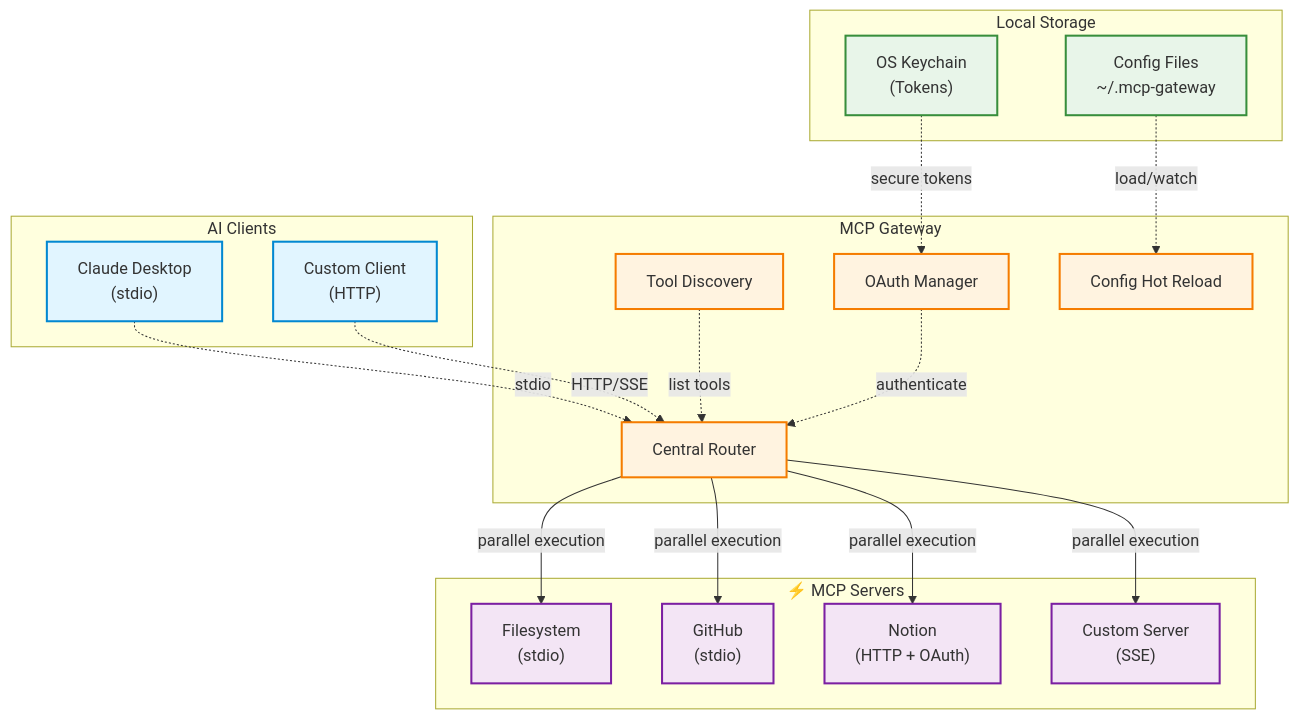
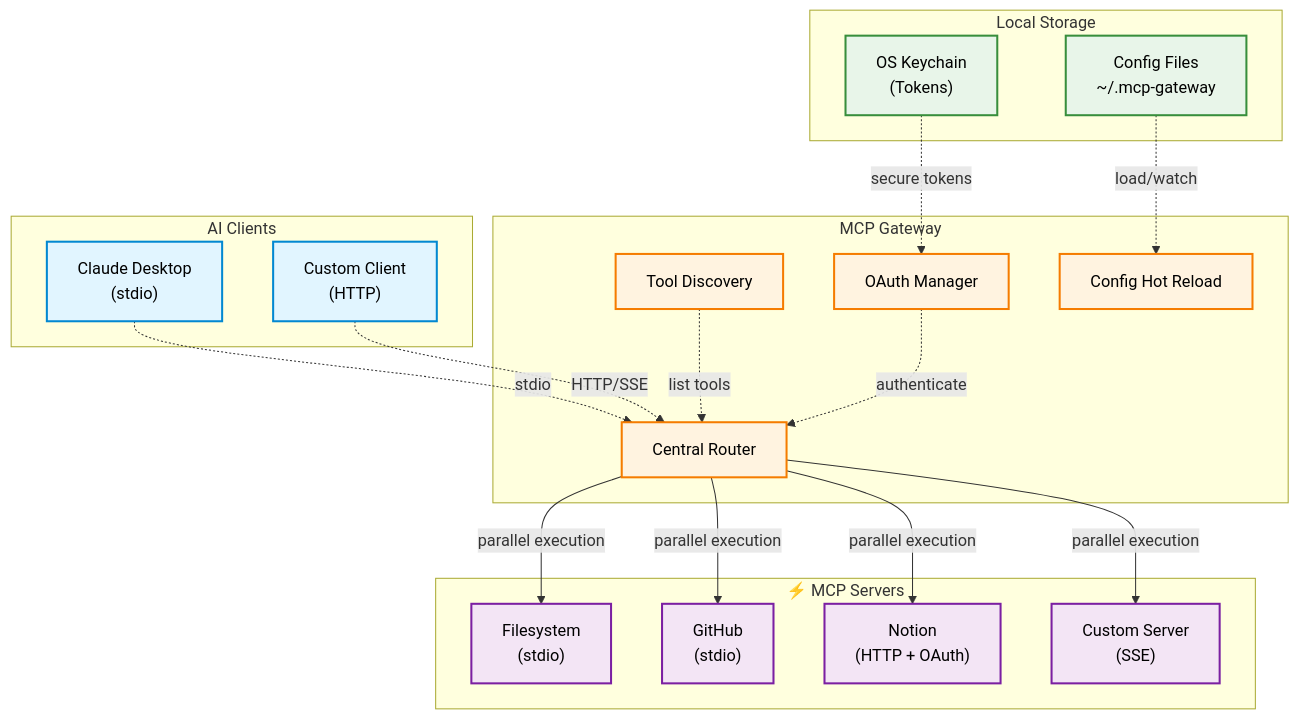
The diagram in README.md (sting8k/mcp-gateway), drawn with Mermaid before and after one commit.

````diff
--- a/README.md
+++ b/README.md
@@ -9,50 +9,50 @@
 ```mermaid
 flowchart TB
   subgraph Clients["AI Clients"]
     CLI["Claude Desktop<br/>(stdio)"]
     HTTP["Custom Client<br/>(HTTP)"]
   end
 
   subgraph Gateway["MCP Gateway"]
     Router["Central Router"]
     Discovery["Tool Discovery"]
     Auth["OAuth Manager"]
     Cache["Config Hot Reload"]
   end
 
   subgraph Storage["Local Storage"]
     Config["Config Files<br/>~/.mcp-gateway"]
     Keychain["OS Keychain<br/>(Tokens)"]
   end
 
   subgraph MCPServers["⚡ MCP Servers"]
     FS["Filesystem<br/>(stdio)"]
     GH["GitHub<br/>(stdio)"]
     Notion["Notion<br/>(HTTP + OAuth)"]
     Custom["Custom Server<br/>(SSE)"]
   end
 
   CLI -.->|stdio| Router
   HTTP -.->|HTTP/SSE| Router
   
   Router -->|parallel execution| FS
   Router -->|parallel execution| GH
   Router -->|parallel execution| Notion
   Router -->|parallel execution| Custom
   
   Config -.->|load/watch| Cache
   Keychain -.->|secure tokens| Auth
   
   Discovery -.->|list tools| Router
   Auth -.->|authenticate| Router
 
-  classDef clientStyle fill:#e1f5ff,stroke:#0288d1,stroke-width:2px
-  classDef gatewayStyle fill:#fff3e0,stroke:#f57c00,stroke-width:2px
-  classDef serverStyle fill:#f3e5f5,stroke:#7b1fa2,stroke-width:2px
-  classDef storageStyle fill:#e8f5e9,stroke:#388e3c,stroke-width:2px
+  classDef clientStyle fill:#e1f5ff,stroke:#0288d1,stroke-width:2px,color:#000000
+  classDef gatewayStyle fill:#fff3e0,stroke:#f57c00,stroke-width:2px,color:#000000
+  classDef serverStyle fill:#f3e5f5,stroke:#7b1fa2,stroke-width:2px,color:#000000
+  classDef storageStyle fill:#e8f5e9,stroke:#388e3c,stroke-width:2px,color:#000000
   
   class CLI,HTTP clientStyle
   class Router,Discovery,Auth,Cache gatewayStyle
   class FS,GH,Notion,Custom serverStyle
   class Config,Keychain storageStyle
 ```
````
